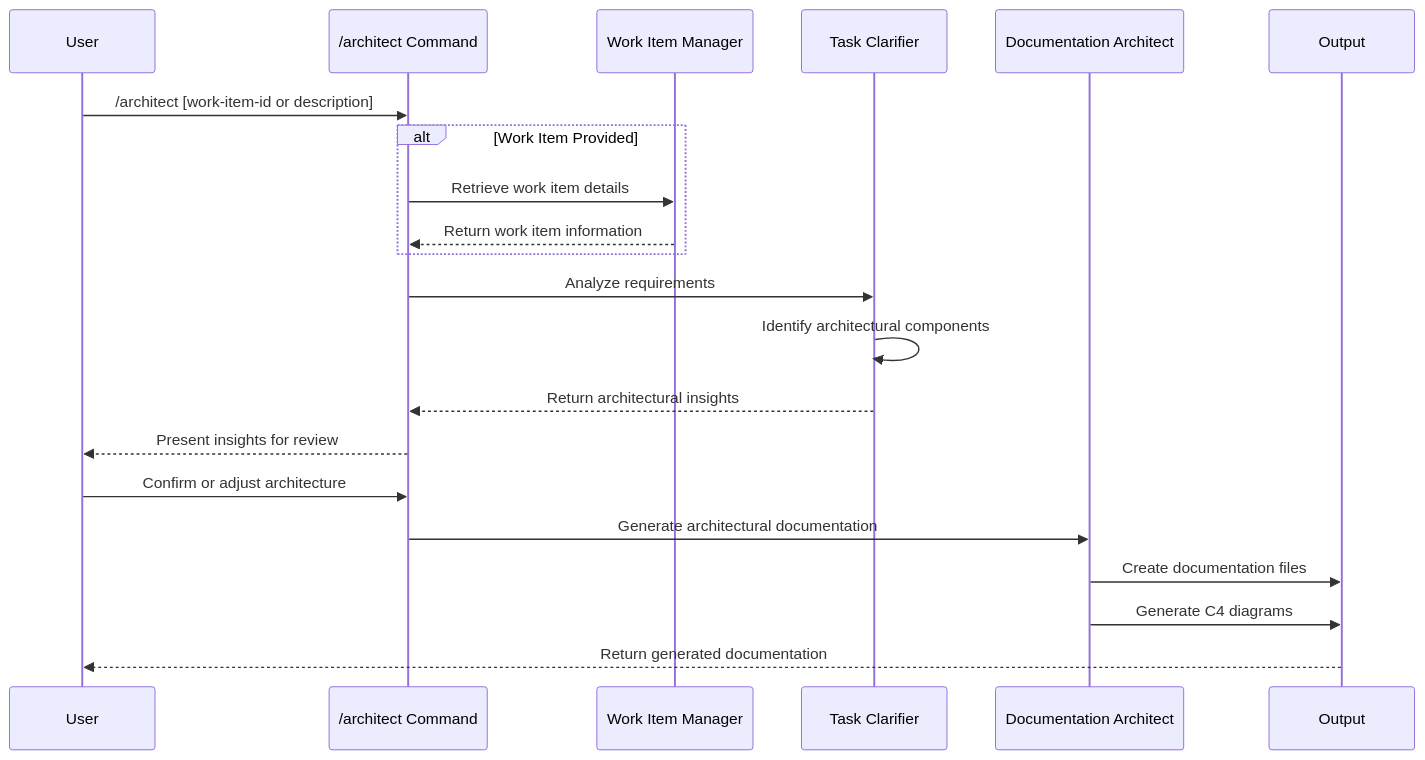
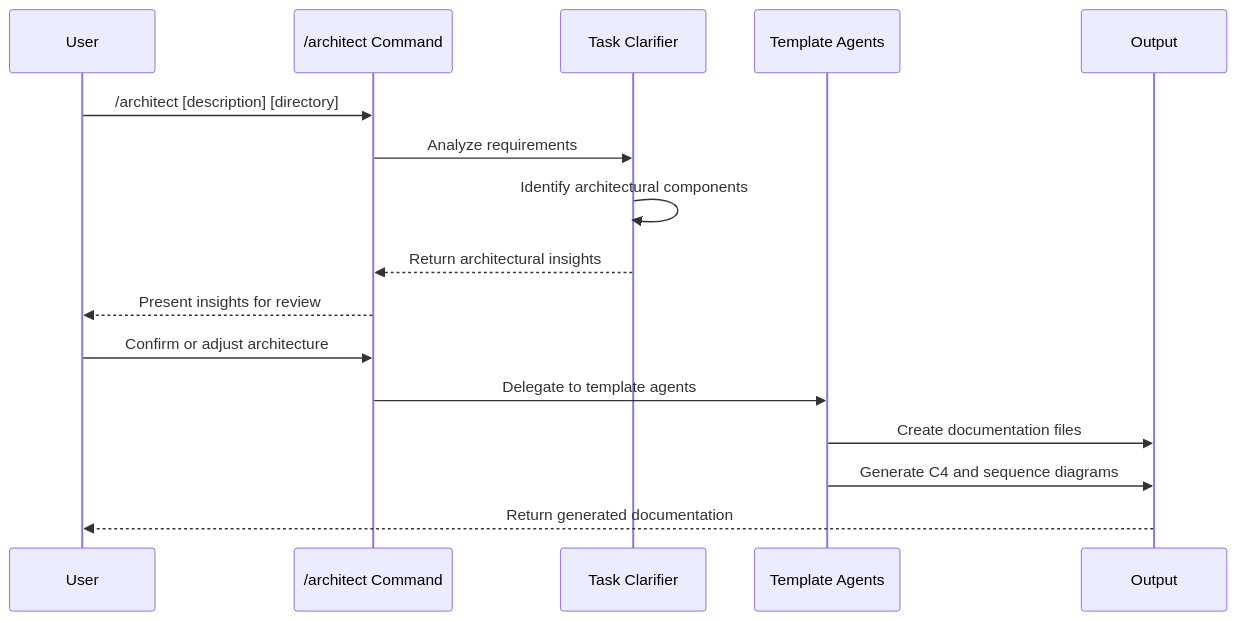
One commit to zzaia/zzaia-agentic-workspace changed the diagram in .claude/commands/management/architect.md. Above: the diagram before and after it, drawn with Mermaid. The commit also changed other lines of this file and 11 other files, not shown here.

Commit message:
Refactor the planning and architecture documentation generation behavior;

````diff
--- a/.claude/commands/management/architect.md
+++ b/.claude/commands/management/architect.md
@@ -60,24 +52,19 @@
 ```mermaid
 sequenceDiagram
     participant U as User
     participant C as /architect Command
-    participant WIM as Work Item Manager
     participant TC as Task Clarifier
-    participant DA as Documentation Architect
+    participant TA as Template Agents
     participant O as Output
 
-    U->>C: /architect [work-item-id or description]
-    alt Work Item Provided
-        C->>WIM: Retrieve work item details
-        WIM-->>C: Return work item information
-    end
+    U->>C: /architect [description] [directory]
     C->>TC: Analyze requirements
     TC->>TC: Identify architectural components
     TC-->>C: Return architectural insights
     C-->>U: Present insights for review
     U->>C: Confirm or adjust architecture
-    C->>DA: Generate architectural documentation
-    DA->>O: Create documentation files
-    DA->>O: Generate C4 diagrams
+    C->>TA: Delegate to template agents
+    TA->>O: Create documentation files
+    TA->>O: Generate C4 and sequence diagrams
     O-->>U: Return generated documentation
 ```
````
